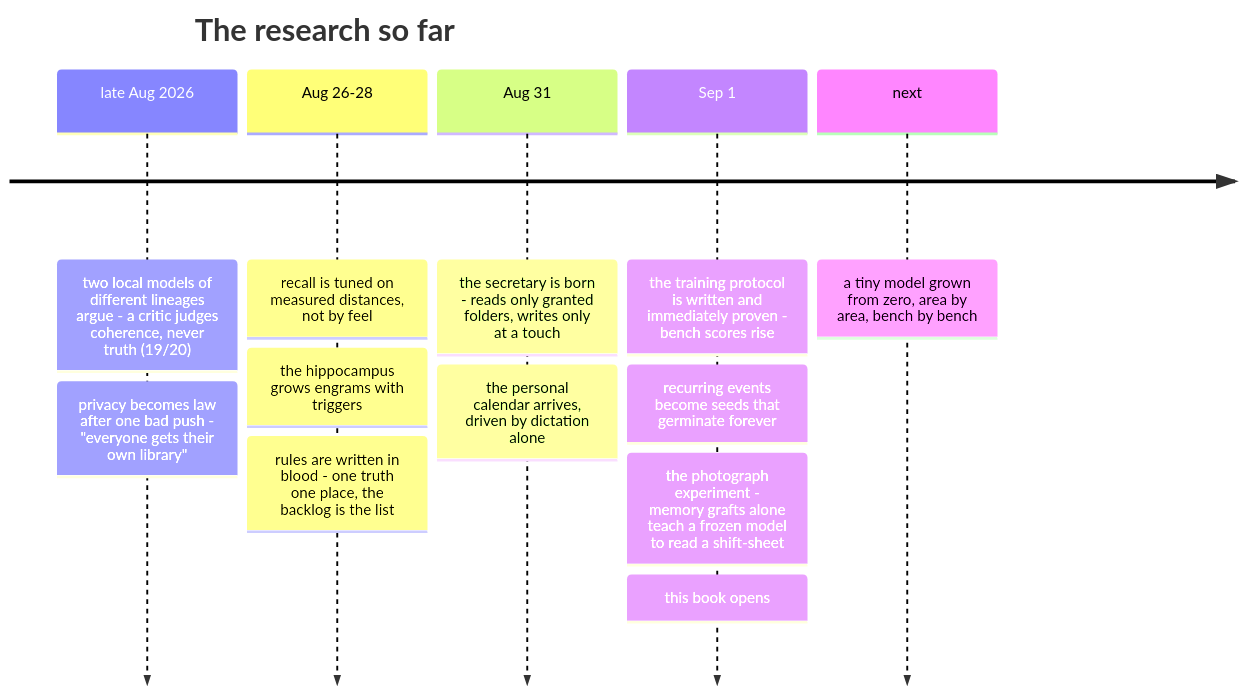
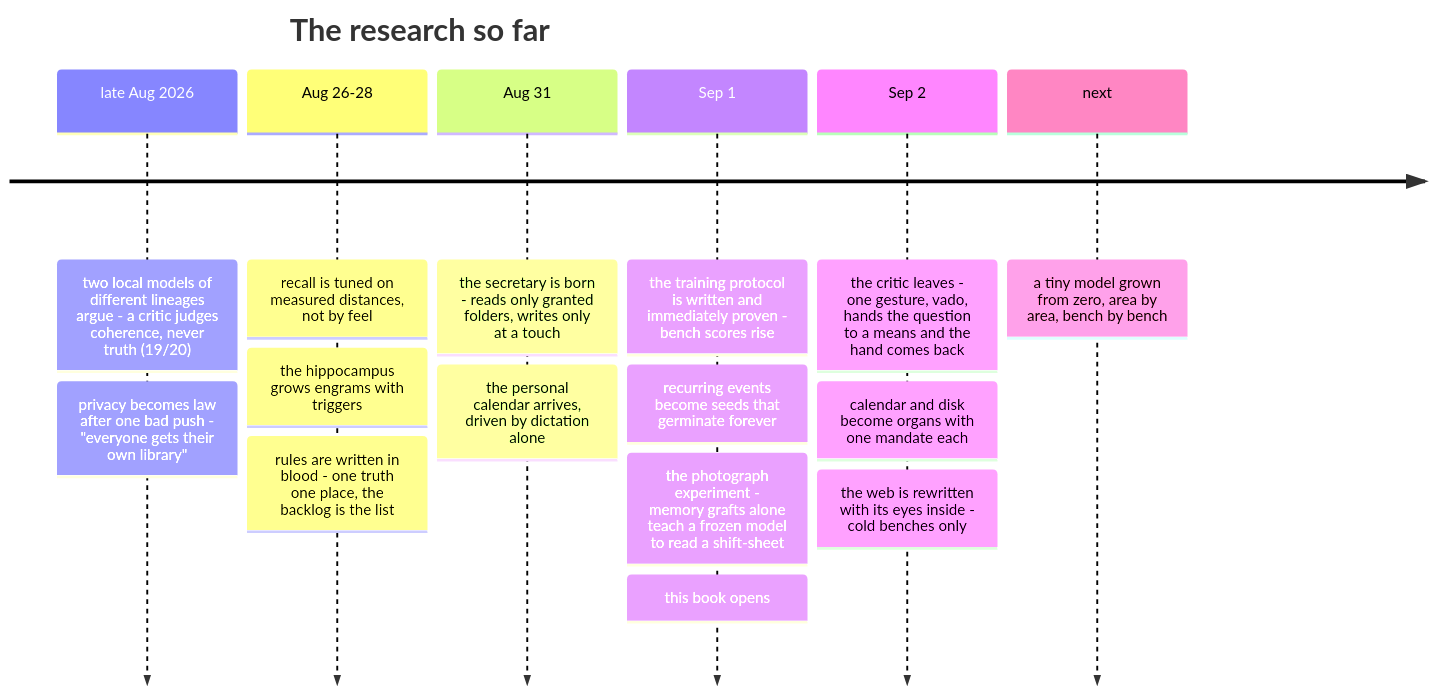
The sixth of 6 diagrams in README.md (grindstone-eleven/grindstone-research-book), drawn with Mermaid before and after one commit. The commit also changed other lines of this file, not shown here.

Commit message:
4 Sep: words are not a channel, geometry is

````diff
--- a/README.md
+++ b/README.md
@@ -212,9 +423,10 @@
 ```mermaid
 timeline
     title The research so far
     late Aug 2026 : two local models of different lineages argue - a critic judges coherence, never truth (19/20) : privacy becomes law after one bad push - "everyone gets their own library"
     Aug 26-28 : recall is tuned on measured distances, not by feel : the hippocampus grows engrams with triggers : rules are written in blood - one truth one place, the backlog is the list
     Aug 31 : the secretary is born - reads only granted folders, writes only at a touch : the personal calendar arrives, driven by dictation alone
     Sep 1 : the training protocol is written and immediately proven - bench scores rise : recurring events become seeds that germinate forever : the photograph experiment - memory grafts alone teach a frozen model to read a shift-sheet : this book opens
+    Sep 2 : the critic leaves - one gesture, vado, hands the question to a means and the hand comes back : calendar and disk become organs with one mandate each : the web is rewritten with its eyes inside - cold benches only
     next : a tiny model grown from zero, area by area, bench by bench
 ```
````
